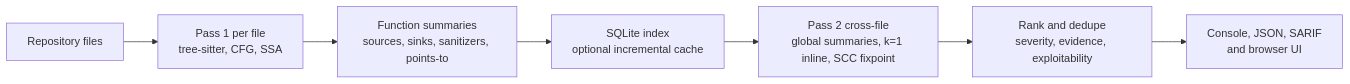
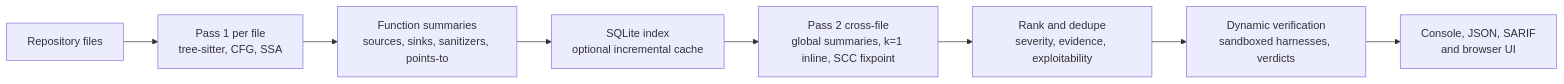
One commit to nyx-sec/nyx changed the diagram in README.md. Above: the diagram before and after it, drawn with Mermaid. The commit also changed other lines of this file and 6 other files, not shown here.

````diff
--- a/README.md
+++ b/README.md
@@ -186,9 +186,10 @@
 ```mermaid
 flowchart LR
     Repo["Repository files"] --> Pass1["Pass 1 per file<br/>tree-sitter, CFG, SSA"]
     Pass1 --> Summaries["Function summaries<br/>sources, sinks, sanitizers, points-to"]
     Summaries --> Index["SQLite index<br/>optional incremental cache"]
     Index --> Pass2["Pass 2 cross-file<br/>global summaries, k=1 inline, SCC fixpoint"]
     Pass2 --> Rank["Rank and dedupe<br/>severity, evidence, exploitability"]
-    Rank --> Output["Console, JSON, SARIF<br/>and browser UI"]
+    Rank --> Verify["Dynamic verification<br/>sandboxed harnesses, verdicts"]
+    Verify --> Output["Console, JSON, SARIF<br/>and browser UI"]
 ```
````
